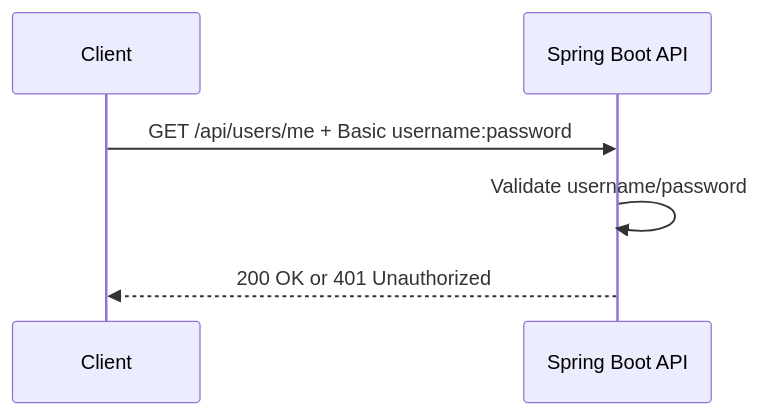
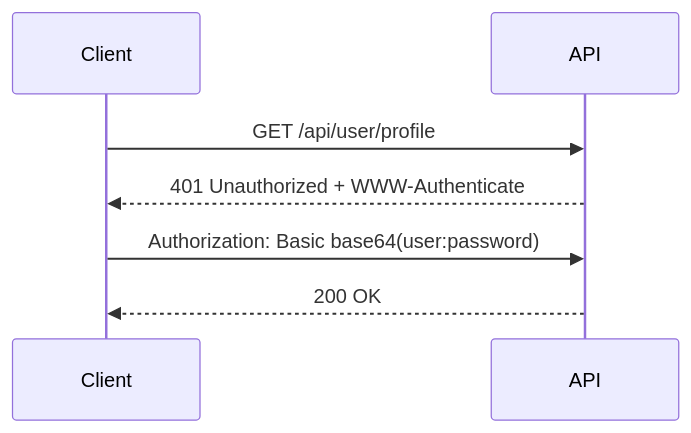
Before and after one commit to mthaiseer/springcloud-systemdesign-notes: the sixth of 19 diagrams in HLD_NOTES/003_TECHNOLOGY_DEEP_DIVE/spring_boot_auth_authz_visual_reference.md, drawn with Mermaid. The commit also changed other lines of this file and 19 other files, not shown here.

````diff
--- a/HLD_NOTES/003_TECHNOLOGY_DEEP_DIVE/spring_boot_auth_authz_visual_reference.md
+++ b/HLD_NOTES/003_TECHNOLOGY_DEEP_DIVE/spring_boot_auth_authz_visual_reference.md
@@ -196,9 +357,10 @@
 ```mermaid
 sequenceDiagram
-    participant C as Client
-    participant API as Spring Boot API
+    participant Client
+    participant API
 
-    C->>API: GET /api/users/me + Basic username:password
-    API->>API: Validate username/password
-    API-->>C: 200 OK or 401 Unauthorized
+    Client->>API: GET /api/user/profile
+    API-->>Client: 401 Unauthorized + WWW-Authenticate
+    Client->>API: Authorization: Basic base64(user:password)
+    API-->>Client: 200 OK
 ```
````
